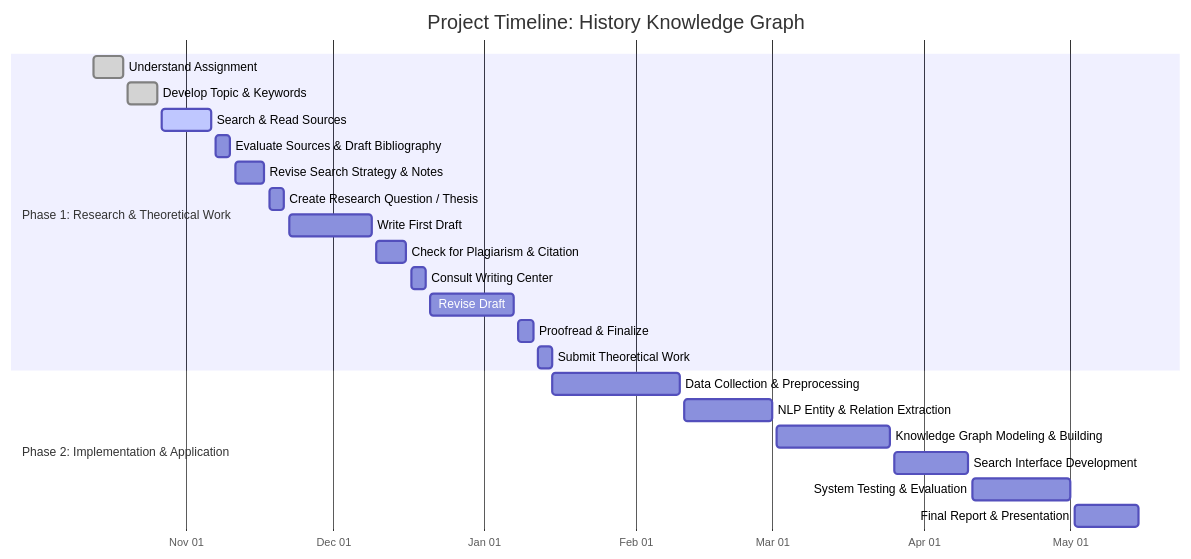
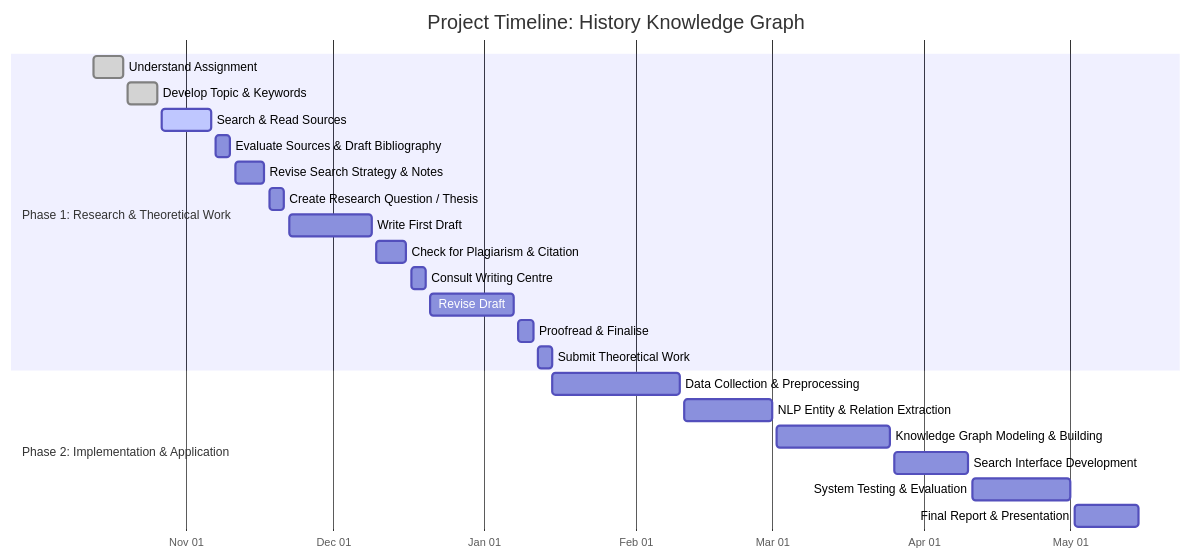
One commit to Mohammad-ALADDASI/ChronoLearn changed the diagram in README.md. Above: the diagram before and after it, drawn with Mermaid. The commit also changed other lines of this file, not shown here.

````diff
--- a/README.md
+++ b/README.md
@@ -62,29 +62,29 @@
 ```mermaid
 gantt
     title Project Timeline: History Knowledge Graph
     dateFormat  YYYY-MM-DD
     axisFormat  %b %d
 
     section Phase 1: Research & Theoretical Work
     Understand Assignment               :done, s1, 2025-10-13, 2025-10-19
     Develop Topic & Keywords             :done, s2, 2025-10-20, 2025-10-26
     Search & Read Sources                :active, s3, 2025-10-27, 2025-11-06
     Evaluate Sources & Draft Bibliography :s4, 2025-11-07, 2025-11-10
     Revise Search Strategy & Notes       :s5, 2025-11-11, 2025-11-17
     Create Research Question / Thesis    :s6, 2025-11-18, 2025-11-21
     Write First Draft                    :s7, 2025-11-22, 2025-12-09
     Check for Plagiarism & Citation      :s8, 2025-12-10, 2025-12-16
-    Consult Writing Center               :s9, 2025-12-17, 2025-12-20
+    Consult Writing Centre               :s9, 2025-12-17, 2025-12-20
     Revise Draft                         :s10, 2025-12-21, 2026-01-07
-    Proofread & Finalize                 :s11, 2026-01-08, 2026-01-11
+    Proofread & Finalise                 :s11, 2026-01-08, 2026-01-11
     Submit Theoretical Work              :s12, 2026-01-12, 2026-01-15
 
     section Phase 2: Implementation & Application
     Data Collection & Preprocessing      :s13, 2026-01-15, 2026-02-10
     NLP Entity & Relation Extraction     :s14, 2026-02-11, 2026-03-01
     Knowledge Graph Modeling & Building  :s15, 2026-03-02, 2026-03-25
     Search Interface Development         :s16, 2026-03-26, 2026-04-10
     System Testing & Evaluation          :s17, 2026-04-11, 2026-05-01
     Final Report & Presentation          :s18, 2026-05-02, 2026-05-15
 
 ```
````
